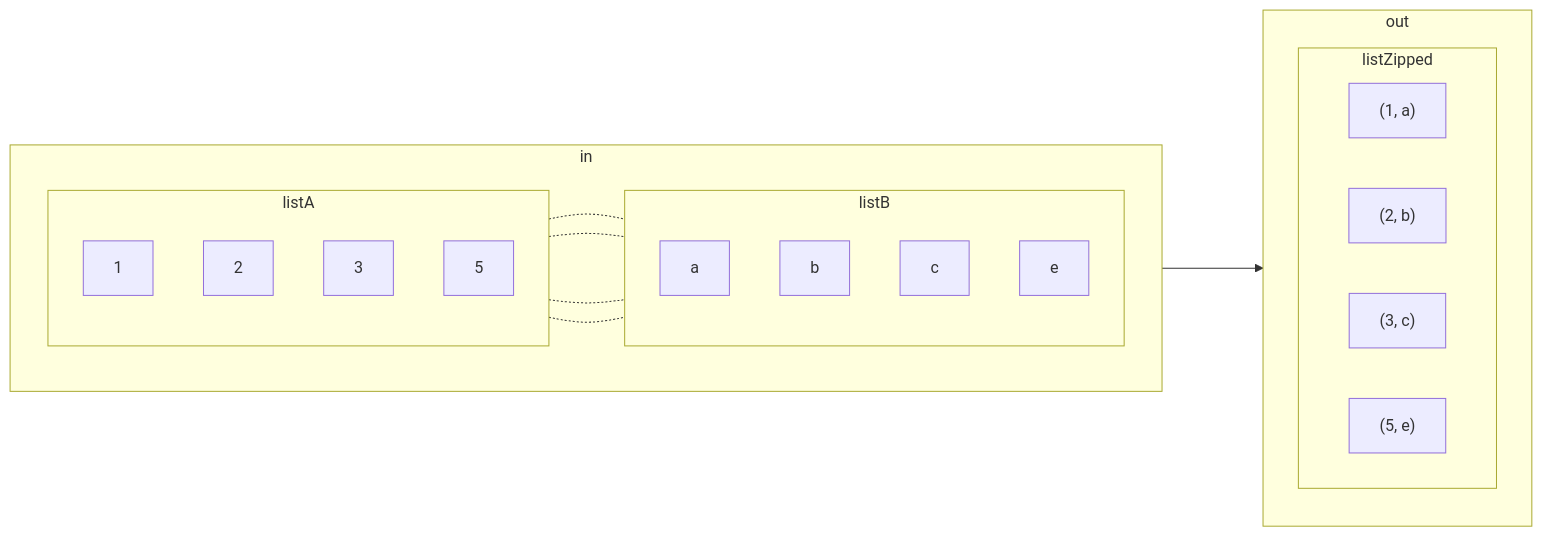
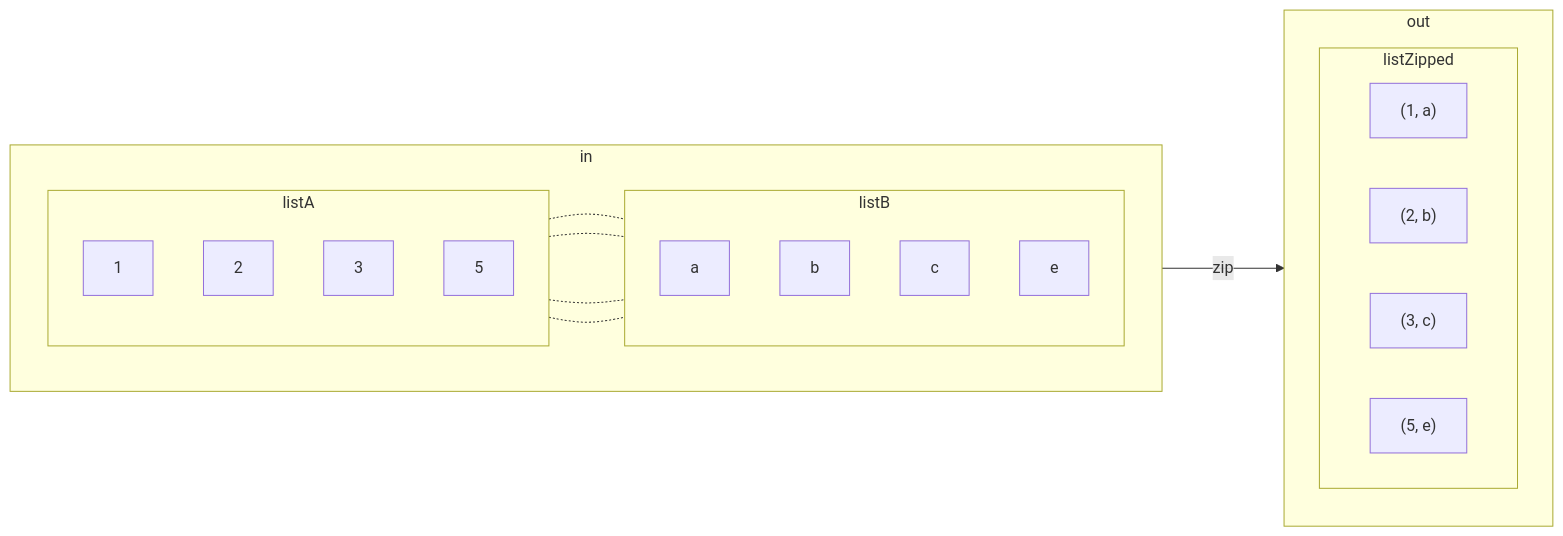
One commit to neilmce/tupleware changed the diagram in docs/UsageExamples.md. Above: the diagram before and after it, drawn with Mermaid. The commit also changed other lines of this file, not shown here.

Commit message:
doc improvements

````diff
--- a/docs/UsageExamples.md
+++ b/docs/UsageExamples.md
@@ -157,34 +155,34 @@
 ```mermaid
 flowchart LR
   subgraph in
   direction LR
     subgraph listA
       direction TB
       1
       2
       3
       5
     end
     subgraph listB
       direction TB
       a
       b
       c
       e
     end
   end
   1 -.- a
   2 -.- b
   3 -.- c
   5 -.- e
   subgraph out
     subgraph listZipped
       direction LR
       1a["(1, a)"]
       2b["(2, b)"]
       3c["(3, c)"]
       5e["(5, e)"]
     end
   end
-  in ---> out
+  in --zip---> out
 ```
````
